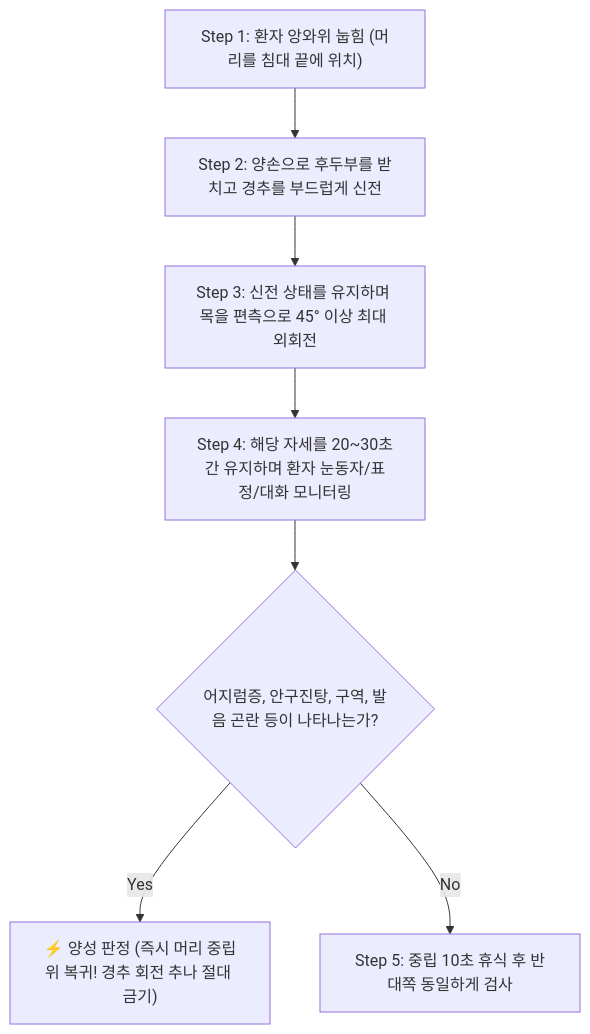
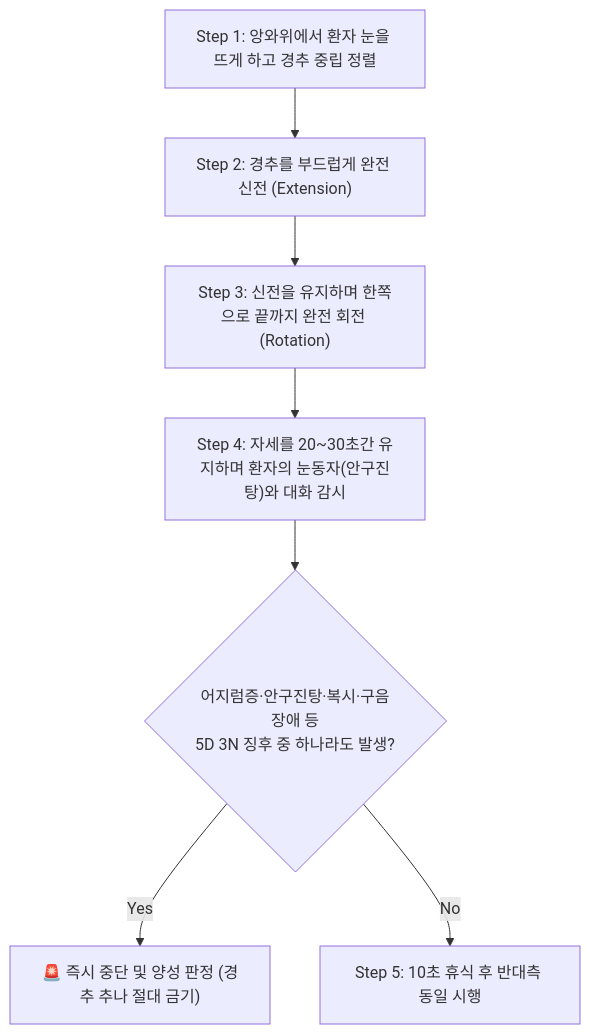
The first of 2 diagrams in content/1. 근골격계 공부/이학적 검사/01_경추/Vertebral artery patency test.md (simbio11/simbio-digital-garden2), drawn with Mermaid before and after one commit. The commit also changed other lines of this file and 151 other files, not shown here.

````diff
--- a/content/1. 근골격계 공부/이학적 검사/01_경추/Vertebral artery patency test.md
+++ b/content/1. 근골격계 공부/이학적 검사/01_경추/Vertebral artery patency test.md
@@ -84,9 +54,9 @@
 ```mermaid
 graph TD
-    Step1["Step 1: 환자 앙와위 눕힘 (머리를 침대 끝에 위치)"] --> Step2["Step 2: 양손으로 후두부를 받치고 경추를 부드럽게 신전"]
-    Step2 --> Step3["Step 3: 신전 상태를 유지하며 목을 편측으로 45° 이상 최대 외회전"]
-    Step3 --> Step4["Step 4: 해당 자세를 20~30초간 유지하며 환자 눈동자/표정/대화 모니터링"]
-    Step4 --> Check{"어지럼증, 안구진탕, 구역, 발음 곤란 등이 나타나는가?"}
-    Check -- Yes --> Pos["⚡ 양성 판정 (즉시 머리 중립위 복귀! 경추 회전 추나 절대 금기)"]
-    Check -- No --> Step5["Step 5: 중립 10초 휴식 후 반대쪽 동일하게 검사"]
+    Step1["Step 1: 앙와위에서 환자 눈을 뜨게 하고 경추 중립 정렬"] --> Step2["Step 2: 경추를 부드럽게 완전 신전 (Extension)"]
+    Step2 --> Step3["Step 3: 신전을 유지하며 한쪽으로 끝까지 완전 회전 (Rotation)"]
+    Step3 --> Step4["Step 4: 자세를 20~30초간 유지하며 환자의 눈동자(안구진탕)와 대화 감시"]
+    Step4 --> Check{"어지럼증·안구진탕·복시·구음장애 등<br>5D 3N 징후 중 하나라도 발생?"}
+    Check -- Yes --> Pos["🚨 즉시 중단 및 양성 판정 (경추 추나 절대 금기)"]
+    Check -- No --> Step5["Step 5: 10초 휴식 후 반대측 동일 시행"]
 ```
````
